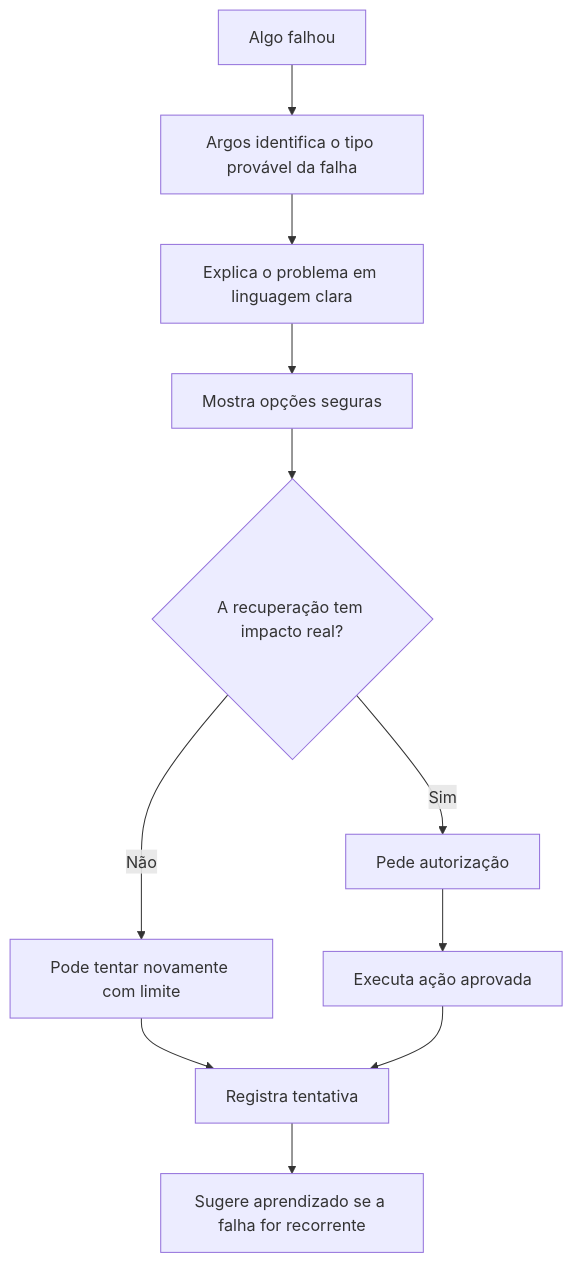
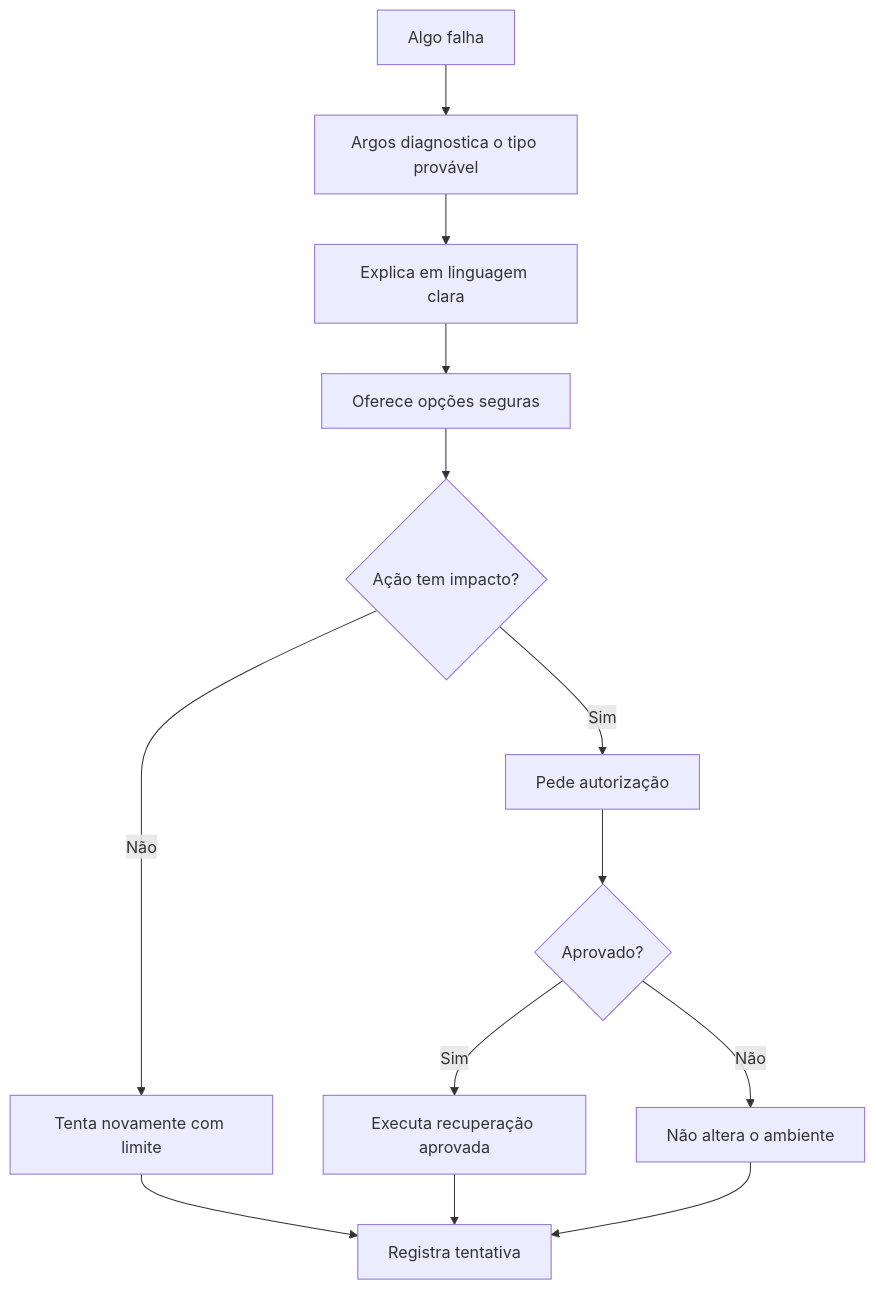
Before and after one commit to BrunoDanielPF/argos-assistant: the seventh of 9 diagrams in README.md, drawn with Mermaid. The commit also changed other lines of this file, not shown here.

````diff
--- a/README.md
+++ b/README.md
@@ -157,13 +221,15 @@
 ```mermaid
 flowchart TD
-    fail["Algo falhou"] --> classify["Argos identifica o tipo provável da falha"]
-    classify --> explain["Explica o problema em linguagem clara"]
-    explain --> options["Mostra opções seguras"]
-    options --> risk{"A recuperação tem impacto real?"}
-    risk -->|Não| retry["Pode tentar novamente com limite"]
-    risk -->|Sim| approval["Pede autorização"]
-    approval --> action["Executa ação aprovada"]
-    retry --> audit["Registra tentativa"]
-    action --> audit
-    audit --> learn["Sugere aprendizado se a falha for recorrente"]
+    fail["Algo falha"] --> diagnose["Argos diagnostica o tipo provável"]
+    diagnose --> explain["Explica em linguagem clara"]
+    explain --> options["Oferece opções seguras"]
+    options --> risk{"Ação tem impacto?"}
+    risk -->|Não| retry["Tenta novamente com limite"]
+    risk -->|Sim| ask["Pede autorização"]
+    ask --> approved{"Aprovado?"}
+    approved -->|Sim| recover["Executa recuperação aprovada"]
+    approved -->|Não| stop["Não altera o ambiente"]
+    retry --> log["Registra tentativa"]
+    recover --> log
+    stop --> log
 ```
````
